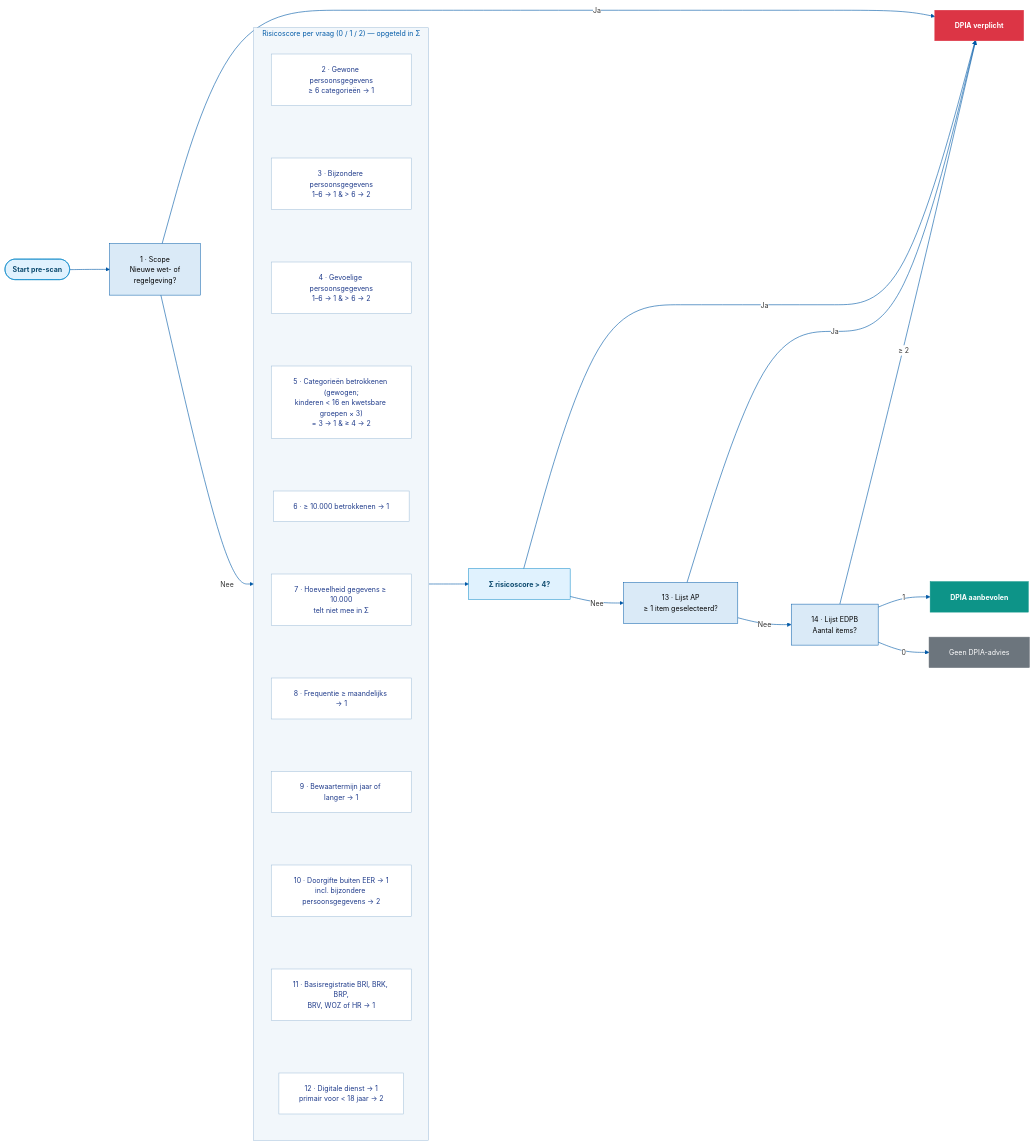
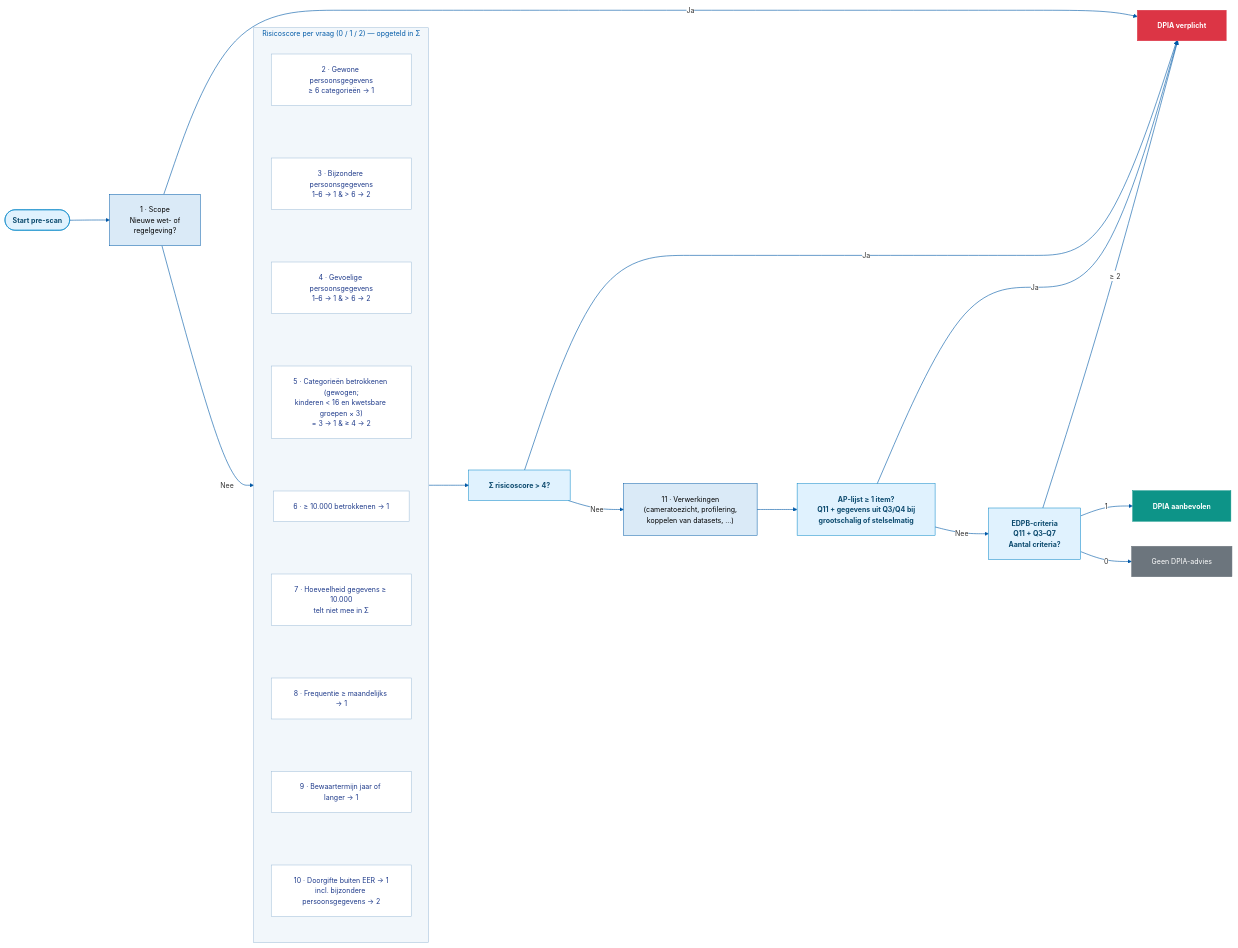
One commit to NGO-Algorithm-Audit/AI-Act-Implementation-Tool changed the diagram in flowcharts/src/nl/prescan-dpia.mmd. Above: the diagram before and after it, drawn with Mermaid. The commit also changed 11 other files, not shown here.

```diff
--- a/flowcharts/src/nl/prescan-dpia.mmd
+++ b/flowcharts/src/nl/prescan-dpia.mmd
@@ -1,54 +1,54 @@
 %%{init: {'theme': 'base', 'themeVariables': {'fontFamily': 'Avenir Next, Avenir, Helvetica, sans-serif', 'fontSize': '14px', 'lineColor': '#005AA7', 'primaryColor': '#005AA7', 'edgeLabelBackground': '#ffffff', 'clusterBkg': '#f2f7fb', 'clusterBorder': '#9dbcd8', 'titleColor': '#005AA7'}, 'flowchart': {'curve': 'basis', 'useMaxWidth': false, 'htmlLabels': true, 'nodeSpacing': 50, 'rankSpacing': 80, 'padding': 20}}}%%
 flowchart LR
 
     classDef Q fill:#daeaf7,stroke:#005aa7,color:#000
     classDef score fill:#ffffff,stroke:#9dbcd8,color:#1e3a8a
     classDef gate fill:#e0f2fe,stroke:#0284c7,color:#0c4a6e,font-weight:bold
     classDef req fill:#dc3545,stroke:#dc3545,color:#fff,font-weight:bold
     classDef rec fill:#0d9488,stroke:#0d9488,color:#fff,font-weight:bold
     classDef none fill:#6c757d,stroke:#6c757d,color:#fff
     linkStyle default stroke:#005AA7,stroke-width:1.2px
 
     START(["Start pre-scan"]):::gate
 
     %% ════════ Q1 — nieuwe wet- of regelgeving ════════
     Q1["1 · Scope<br/>Nieuwe wet- of<br/>regelgeving?"]:::Q
     DPIA_V["DPIA verplicht"]:::req
     DPIA_A["DPIA aanbevolen"]:::rec
     DPIA_N["Geen DPIA-advies"]:::none
     START --> Q1
     Q1 -->|"Ja"| DPIA_V
     Q1 -->|"Nee"| RS
 
-    %% ════════ Q2–Q12 — risicoscore-vragen, opgeteld in Σ ════════
+    %% ════════ Q2–Q10 — risicoscore-vragen, opgeteld in Σ ════════
     subgraph RS["Risicoscore per vraag (0 / 1 / 2) — opgeteld in Σ"]
         direction TB
         Q2["2 · Gewone persoonsgegevens<br/>≥ 6 categorieën → 1"]:::score
         Q3["3 · Bijzondere persoonsgegevens<br/>1–6 → 1 & > 6 → 2"]:::score
         Q4["4 · Gevoelige persoonsgegevens<br/>1–6 → 1 & > 6 → 2"]:::score
         Q5["5 · Categorieën betrokkenen (gewogen;<br/>kinderen < 16 en kwetsbare groepen × 3)<br/>= 3 → 1 & ≥ 4 → 2"]:::score
         Q6["6 · ≥ 10.000 betrokkenen → 1"]:::score
         Q7["7 · Hoeveelheid gegevens ≥ 10.000<br/>telt niet mee in Σ"]:::score
         Q8["8 · Frequentie ≥ maandelijks → 1"]:::score
         Q9["9 · Bewaartermijn jaar of langer → 1"]:::score
         Q10["10 · Doorgifte buiten EER → 1<br/>incl. bijzondere persoonsgegevens → 2"]:::score
-        Q11["11 · Basisregistratie BRI, BRK, BRP,<br/>BRV, WOZ of HR → 1"]:::score
-        Q12["12 · Digitale dienst → 1<br/>primair voor < 18 jaar → 2"]:::score
-        Q2 ~~~ Q3 ~~~ Q4 ~~~ Q5 ~~~ Q6 ~~~ Q7 ~~~ Q8 ~~~ Q9 ~~~ Q10 ~~~ Q11 ~~~ Q12
+        Q2 ~~~ Q3 ~~~ Q4 ~~~ Q5 ~~~ Q6 ~~~ Q7 ~~~ Q8 ~~~ Q9 ~~~ Q10
     end
 
-    %% ════════ Σ-toets, AP-lijst (Q13) en EDPB-lijst (Q14) ════════
+    %% ════════ Σ-toets, Q11 verwerkingen, AP-lijst en EDPB-criteria ════════
     SUM["Σ risicoscore > 4?"]:::gate
-    Q13["13 · Lijst AP<br/>≥ 1 item geselecteerd?"]:::Q
-    Q14["14 · Lijst EDPB<br/>Aantal items?"]:::Q
+    Q11["11 · Verwerkingen<br/>(cameratoezicht, profilering,<br/>koppelen van datasets, …)"]:::Q
+    AP["AP-lijst ≥ 1 item?<br/>Q11 + gegevens uit Q3/Q4 bij<br/>grootschalig of stelselmatig"]:::gate
+    EDPB["EDPB-criteria<br/>Q11 + Q3–Q7<br/>Aantal criteria?"]:::gate
     RS --> SUM
     SUM -->|"Ja"| DPIA_V
-    SUM -->|"Nee"| Q13
-    Q13 -->|"Ja"| DPIA_V
-    Q13 -->|"Nee"| Q14
-    Q14 -->|"≥ 2"| DPIA_V
-    Q14 -->|"1"| DPIA_A
-    Q14 -->|"0"| DPIA_N
+    SUM -->|"Nee"| Q11
+    Q11 --> AP
+    AP -->|"Ja"| DPIA_V
+    AP -->|"Nee"| EDPB
+    EDPB -->|"≥ 2"| DPIA_V
+    EDPB -->|"1"| DPIA_A
+    EDPB -->|"0"| DPIA_N
 
-    %% De onzichtbare ~~~-keten (Q2–Q12, link 3–12) erft linkStyle default; expliciet verbergen.
-    linkStyle 3,4,5,6,7,8,9,10,11,12 stroke:none,stroke-width:0px
+    %% De onzichtbare ~~~-keten (Q2–Q10, link 3–10) erft linkStyle default; expliciet verbergen.
+    linkStyle 3,4,5,6,7,8,9,10 stroke:none,stroke-width:0px
```
